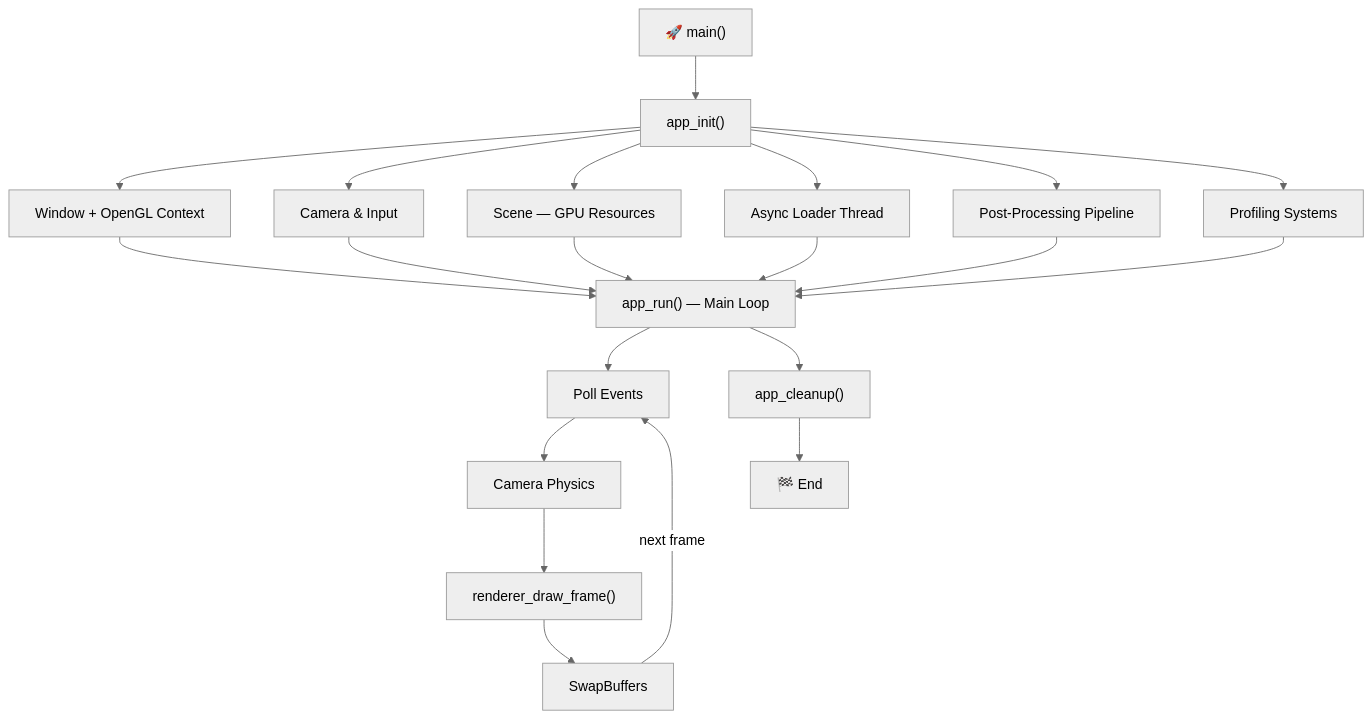
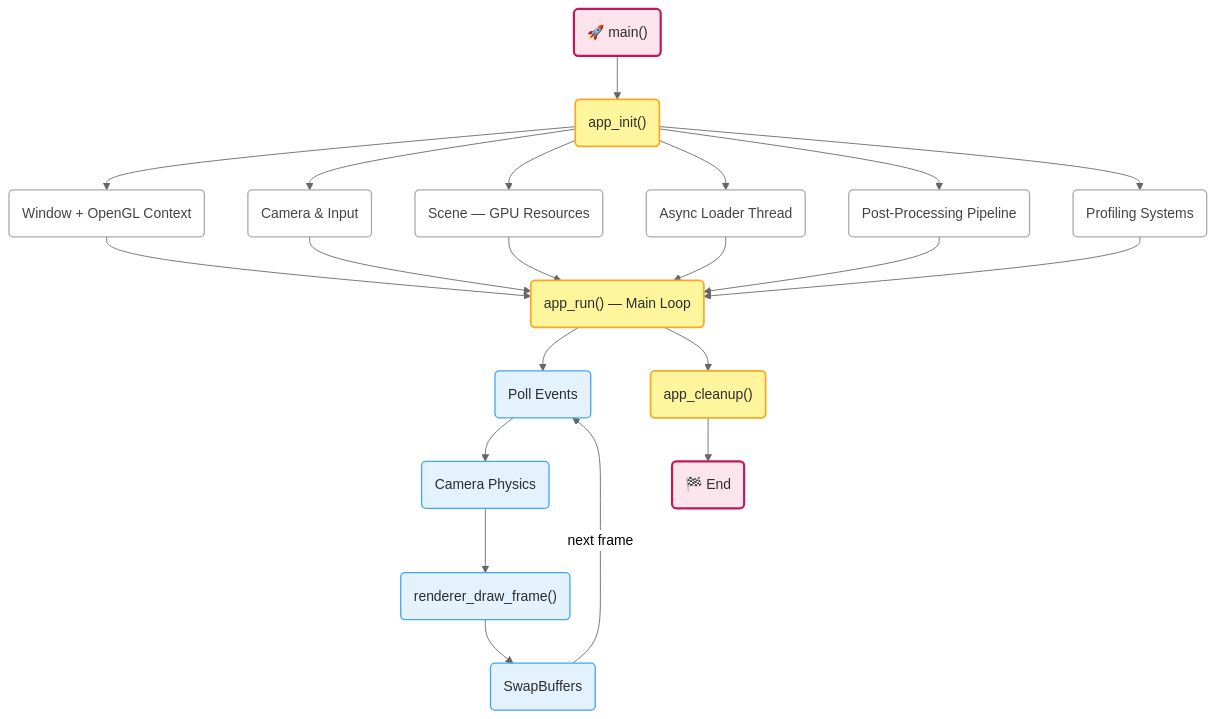
The first of 17 diagrams in content/suckless-ogl-anatomie-frame-en.md (yoyonel/blog_source), drawn with Mermaid (neutral theme) before and after one commit. The commit also changed other lines of this file and 4 other files, not shown here.

First line of the commit message:
refactor(mermaid): hand-drawn style + forced light mode for all browsers

```diff
--- a/content/suckless-ogl-anatomie-frame-en.md
+++ b/content/suckless-ogl-anatomie-frame-en.md
@@ -89,18 +89,28 @@
 <pre class="mermaid">
 graph TD
-    A["🚀 main()"] --> B["app_init()"]
-    B --> B1["Window + OpenGL Context"]
-    B --> B2["Camera & Input"]
-    B --> B3["Scene — GPU Resources"]
-    B --> B4["Async Loader Thread"]
-    B --> B5["Post-Processing Pipeline"]
-    B --> B6["Profiling Systems"]
-    B1 & B2 & B3 & B4 & B5 & B6 --> C["app_run() — Main Loop"]
-    C --> C1["Poll Events"]
-    C1 --> C2["Camera Physics"]
-    C2 --> C3["renderer_draw_frame()"]
-    C3 --> C4["SwapBuffers"]
+    A("🚀 main()") --> B("app_init()")
+    B --> B1("Window + OpenGL Context")
+    B --> B2("Camera & Input")
+    B --> B3("Scene — GPU Resources")
+    B --> B4("Async Loader Thread")
+    B --> B5("Post-Processing Pipeline")
+    B --> B6("Profiling Systems")
+    B1 & B2 & B3 & B4 & B5 & B6 --> C("app_run() — Main Loop")
+    C --> C1("Poll Events")
+    C1 --> C2("Camera Physics")
+    C2 --> C3("renderer_draw_frame()")
+    C3 --> C4("SwapBuffers")
     C4 -->|"next frame"| C1
-    C --> D["app_cleanup()"]
-    D --> E["🏁 End"]
+    C --> D("app_cleanup()")
+    D --> E("🏁 End")
+
+    classDef entryExit fill:#fce4ec,stroke:#c2185b,stroke-width:2.5px,color:#2d2d2d
+    classDef keyFunc fill:#fff59d,stroke:#f9a825,stroke-width:2px,color:#2d2d2d
+    classDef subsystem fill:#ffffff,stroke:#aaaaaa,stroke-width:1.5px,color:#444444
+    classDef loopNode fill:#e3f2fd,stroke:#42a5f5,stroke-width:1.5px,color:#2d2d2d
+
+    class A,E entryExit
+    class B,C,D keyFunc
+    class B1,B2,B3,B4,B5,B6 subsystem
+    class C1,C2,C3,C4 loopNode
 </pre>
```
